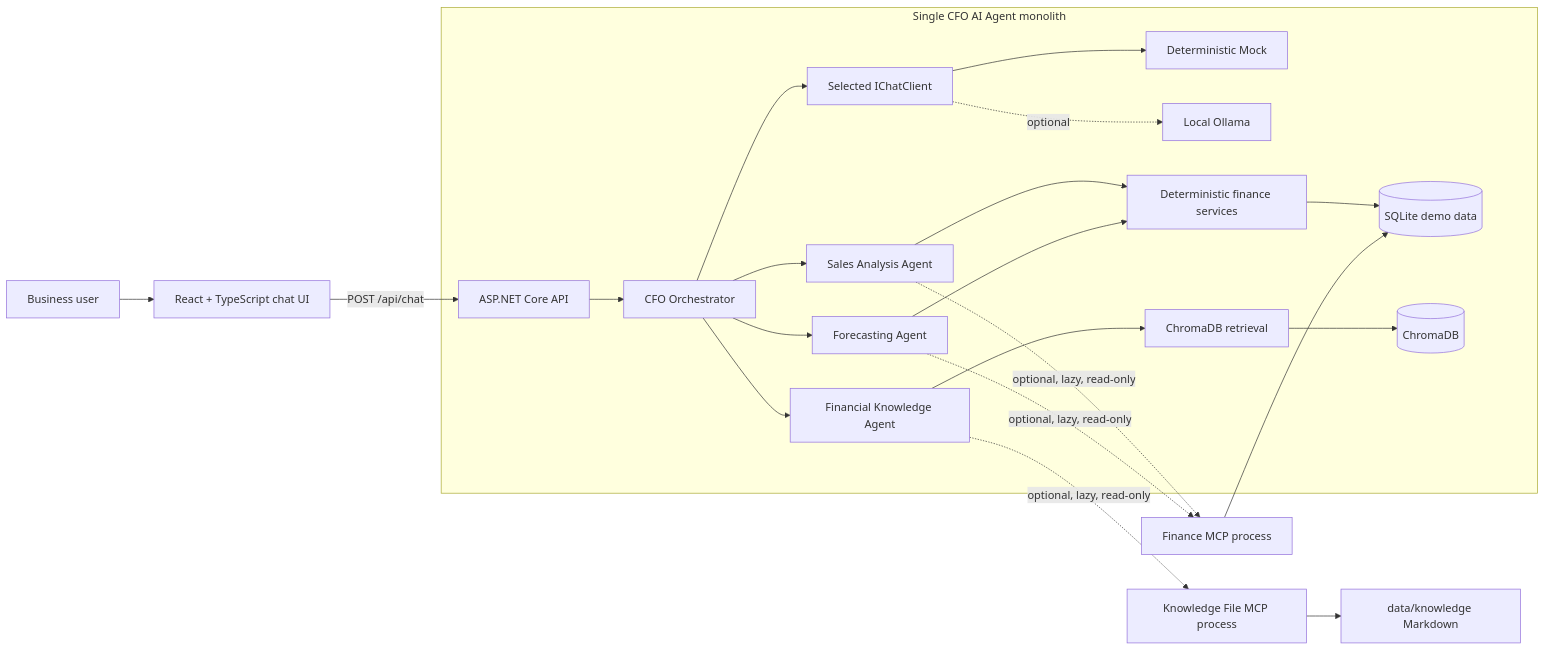
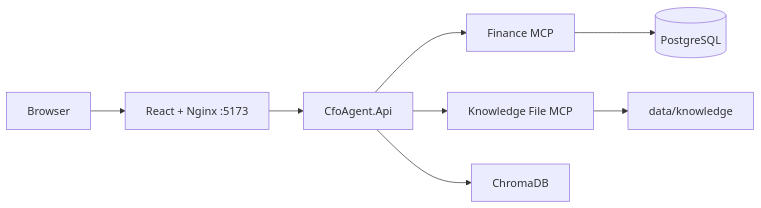
The diagram in README.md (prabodharandima/ai_agent_cfo), drawn with Mermaid before and after one commit. The commit also changed other lines of this file and 104 other files, not shown here.

````diff
--- a/README.md
+++ b/README.md
@@ -19,26 +5,10 @@
 ```mermaid
 flowchart LR
-    User[Business user] --> UI[React + TypeScript chat UI]
-    UI -->|POST /api/chat| API[ASP.NET Core API]
-
-    subgraph Monolith[Single CFO AI Agent monolith]
-        API --> Orchestrator[CFO Orchestrator]
-        Orchestrator --> Sales[Sales Analysis Agent]
-        Orchestrator --> Forecast[Forecasting Agent]
-        Orchestrator --> Knowledge[Financial Knowledge Agent]
-        Orchestrator --> ChatClient[Selected IChatClient]
-        ChatClient --> Mock[Deterministic Mock]
-        ChatClient -. optional .-> Ollama[Local Ollama]
-        Sales --> Finance[Deterministic finance services]
-        Forecast --> Finance
-        Finance --> SQLite[(SQLite demo data)]
-        Knowledge --> Retrieval[ChromaDB retrieval]
-        Retrieval --> Chroma[(ChromaDB)]
-    end
-
-    Sales -. optional, lazy, read-only .-> FinanceMcp[Finance MCP process]
-    Forecast -. optional, lazy, read-only .-> FinanceMcp
-    Knowledge -. optional, lazy, read-only .-> KnowledgeMcp[Knowledge File MCP process]
-    FinanceMcp --> SQLite
-    KnowledgeMcp --> Files[data/knowledge Markdown]
+    Browser --> UI[React + Nginx :5173]
+    UI --> API[CfoAgent.Api]
+    API --> Finance[Finance MCP]
+    API --> Knowledge[Knowledge File MCP]
+    API --> Chroma[ChromaDB]
+    Finance --> Postgres[(PostgreSQL)]
+    Knowledge --> Files[data/knowledge]
 ```
````
